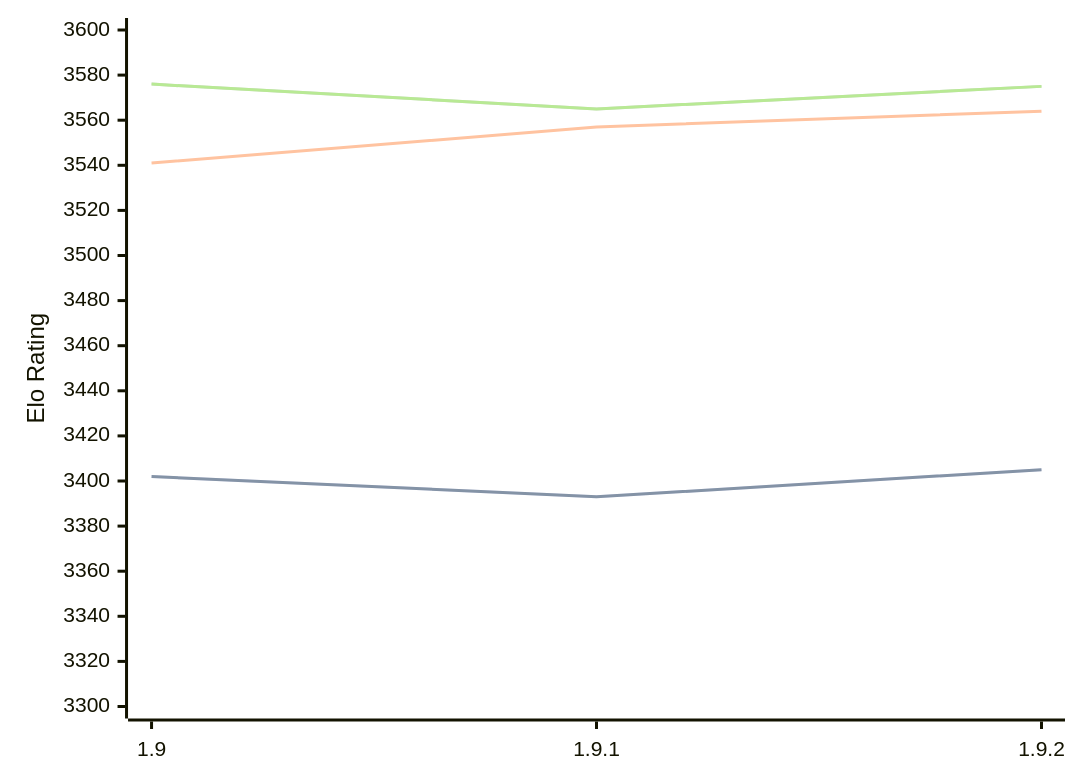
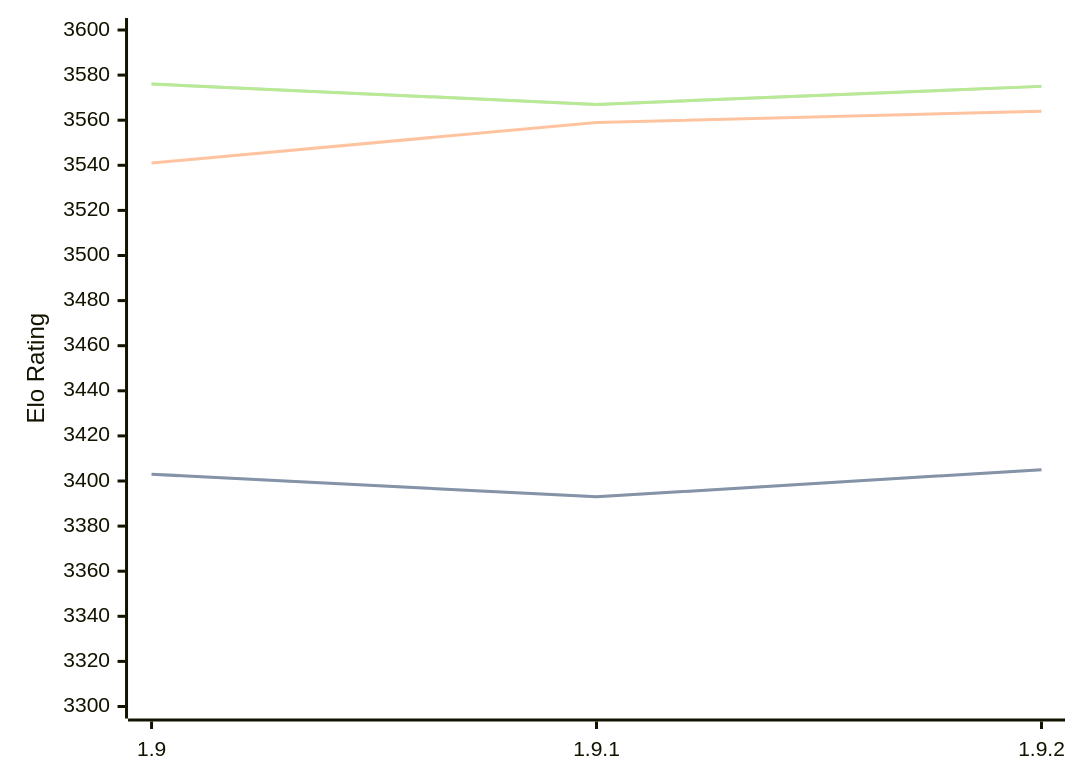
The diagram in engines/Pawnocchio.md (computer-chess-index/cci), drawn with Mermaid before and after one commit. The commit also changed other lines of this file, not shown here.

Commit message:
Update CCI Ratings (ELO VLTC) - 2026-04-12

````diff
--- a/engines/Pawnocchio.md
+++ b/engines/Pawnocchio.md
@@ -48,11 +48,11 @@
 ```mermaid
 %%{init: {"theme":"base","themeVariables":{"seriesColors:['#a3a3a3','#222221','#faa371']}}}%%
 xychart-beta
   x-axis ["1.9", "1.9.1", "1.9.2"]
   y-axis "Elo Rating" 3300 --> 3600
-  line "STC (8.0+0.08s)" [3402, 3393, 3405]
-  line "STC (8.0+0.08s)" [3402, 3393, 3405]
-  line "LTC (60.0+0.60s)" [3541, 3557, 3564]
-  line "VLTC (2m24s+1.12s)" [3576, 3565, 3575]
-  line "VLTC (2m24s+1.12s)" [3576, 3565, 3575]
+  line "STC (8.0+0.08s)" [3403, 3393, 3405]
+  line "STC (8.0+0.08s)" [3403, 3393, 3405]
+  line "LTC (60.0+0.60s)" [3541, 3559, 3564]
+  line "VLTC (2m24s+1.12s)" [3576, 3567, 3575]
+  line "VLTC (2m24s+1.12s)" [3576, 3567, 3575]
 ```
````
